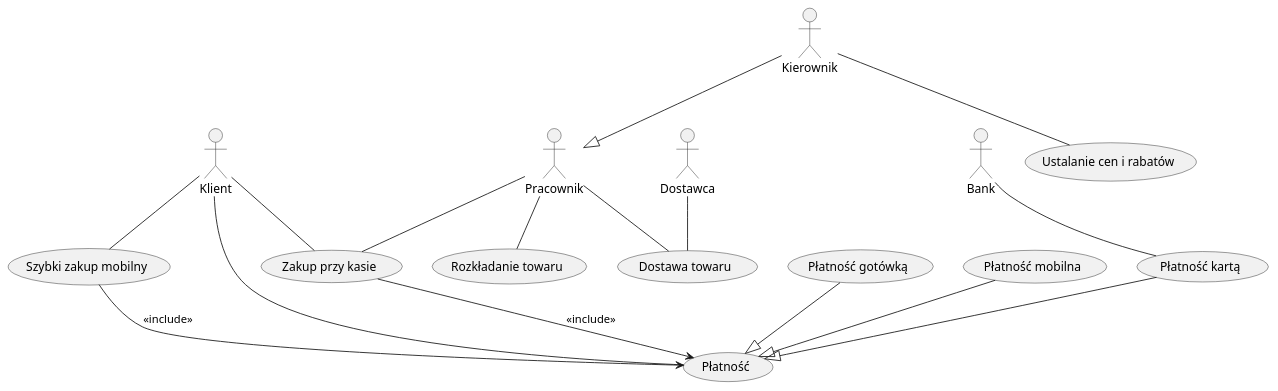
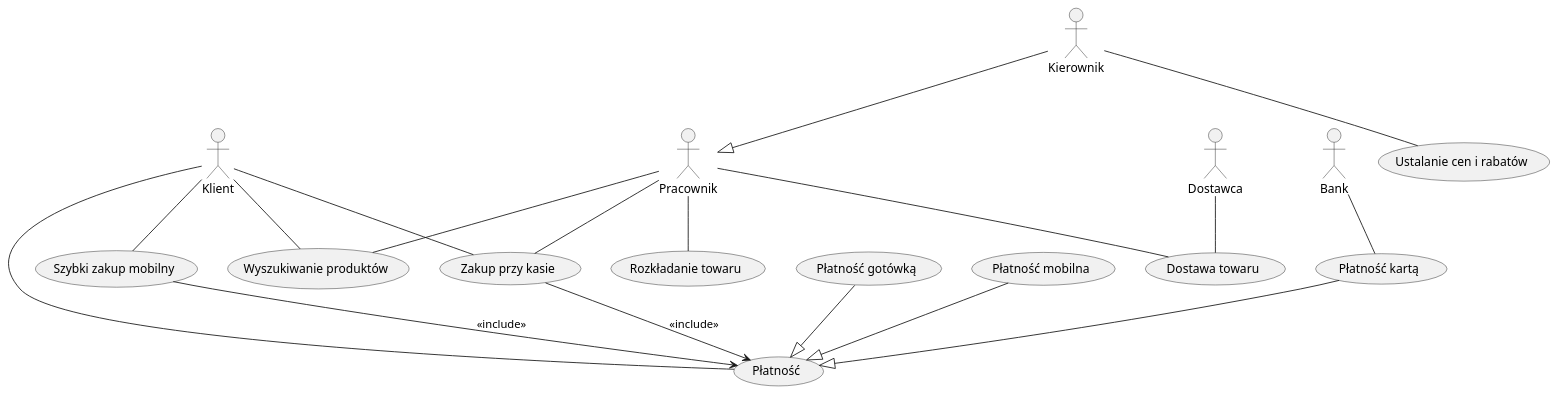
The diagram in dzienne/sklep_usecase_diagram.plantuml (kpodlaski/Projektowanie_obiektowe_2022), drawn with PlantUML before and after one commit. The commit also changed 2 other files, not shown here.

```diff
--- a/dzienne/sklep_usecase_diagram.plantuml
+++ b/dzienne/sklep_usecase_diagram.plantuml
@@ -1,36 +1,40 @@
 @startuml
 
 actor Kierownik
 actor Pracownik
 actor Klient
 actor Dostawca
 actor Bank 
 
 usecase (Ustalanie cen i rabatów)
 usecase (Rozkładanie towaru)
 usecase (Szybki zakup mobilny)
 usecase (Zakup przy kasie)
 usecase (Płatność)
 usecase (Płatność kartą)
 usecase (Płatność gotówką)
 usecase (Płatność mobilna)
 usecase (Dostawa towaru)
+usecase (Wyszukiwanie produktów)
 
 Kierownik -- (Ustalanie cen i rabatów)
 Pracownik -- (Rozkładanie towaru)
 Pracownik -- (Zakup przy kasie)
 Pracownik -- (Dostawa towaru)
 Klient -- (Zakup przy kasie)
 Klient -- (Szybki zakup mobilny)
 Klient -- (Płatność)
+Klient -- (Wyszukiwanie produktów)
+Pracownik -- (Wyszukiwanie produktów)
+
 (Zakup przy kasie) --> (Płatność) : <<include>>
 (Szybki zakup mobilny) --> (Płatność) : <<include>>
 Dostawca -- (Dostawa towaru)
 Bank -- (Płatność kartą)
 
 (Płatność kartą) --|> (Płatność)
 (Płatność gotówką) --|> (Płatność)
 (Płatność mobilna) --|> (Płatność)
 Kierownik --|> Pracownik
 
 @enduml
```
